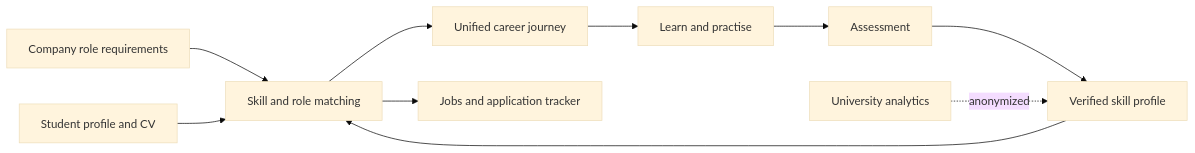
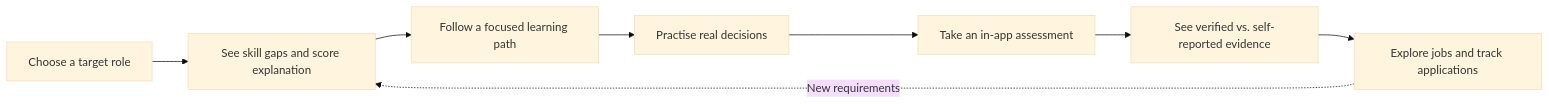
One commit to aboodko1/SkillBridge-upgrade changed the first of 2 diagrams in README.md. Above: the diagram before and after it, drawn with Mermaid (base theme). The commit also changed other lines of this file and 33 other files, not shown here.

````diff
--- a/README.md
+++ b/README.md
@@ -53,12 +36,10 @@
 ```mermaid
 flowchart LR
-  C[Company role requirements] --> M[Skill and role matching]
-  S[Student profile and CV] --> M
-  M --> J[Unified career journey]
-  J --> L[Learn and practise]
-  L --> A[Assessment]
-  A --> V[Verified skill profile]
-  V --> M
-  M --> O[Jobs and application tracker]
-  U[University analytics] -. anonymized .-> V
+    R[Choose a target role] --> G[See skill gaps and score explanation]
+    G --> L[Follow a focused learning path]
+    L --> P[Practise real decisions]
+    P --> A[Take an in-app assessment]
+    A --> E[See verified vs. self-reported evidence]
+    E --> J[Explore jobs and track applications]
+    J -. New requirements .-> G
 ```
````
